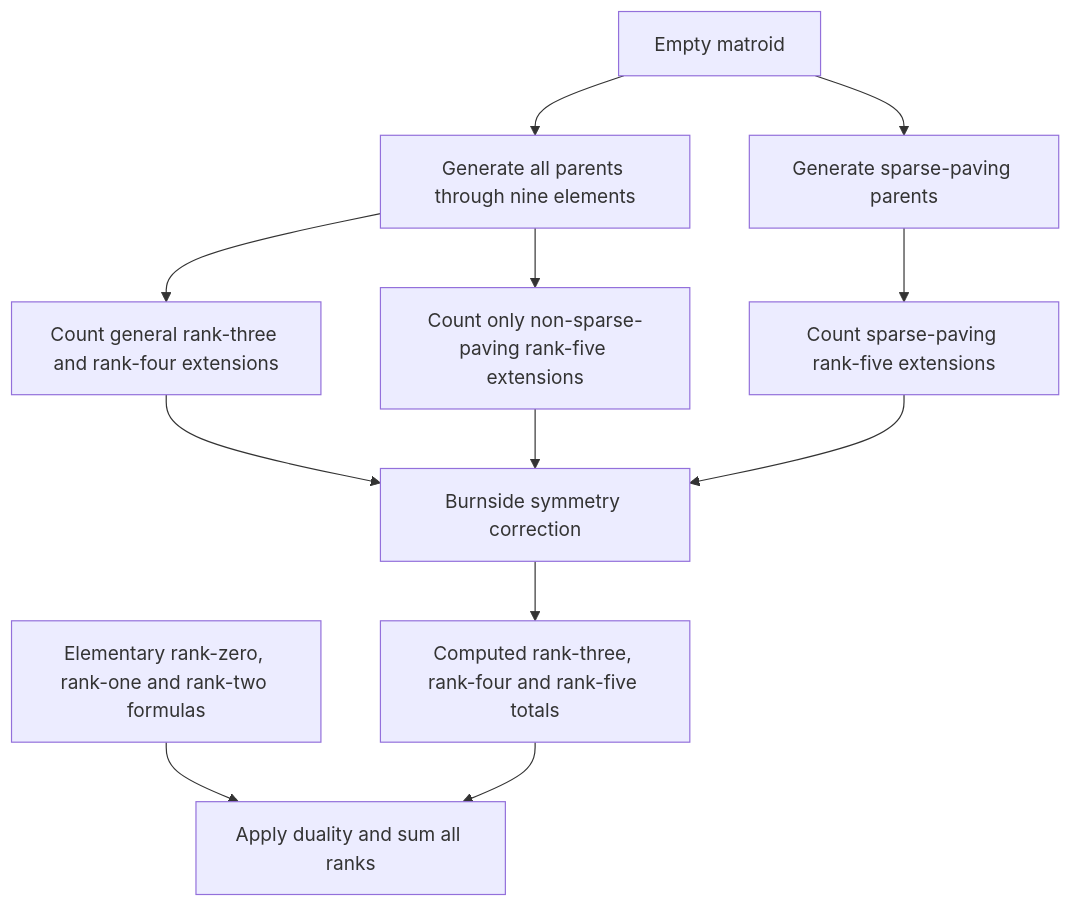
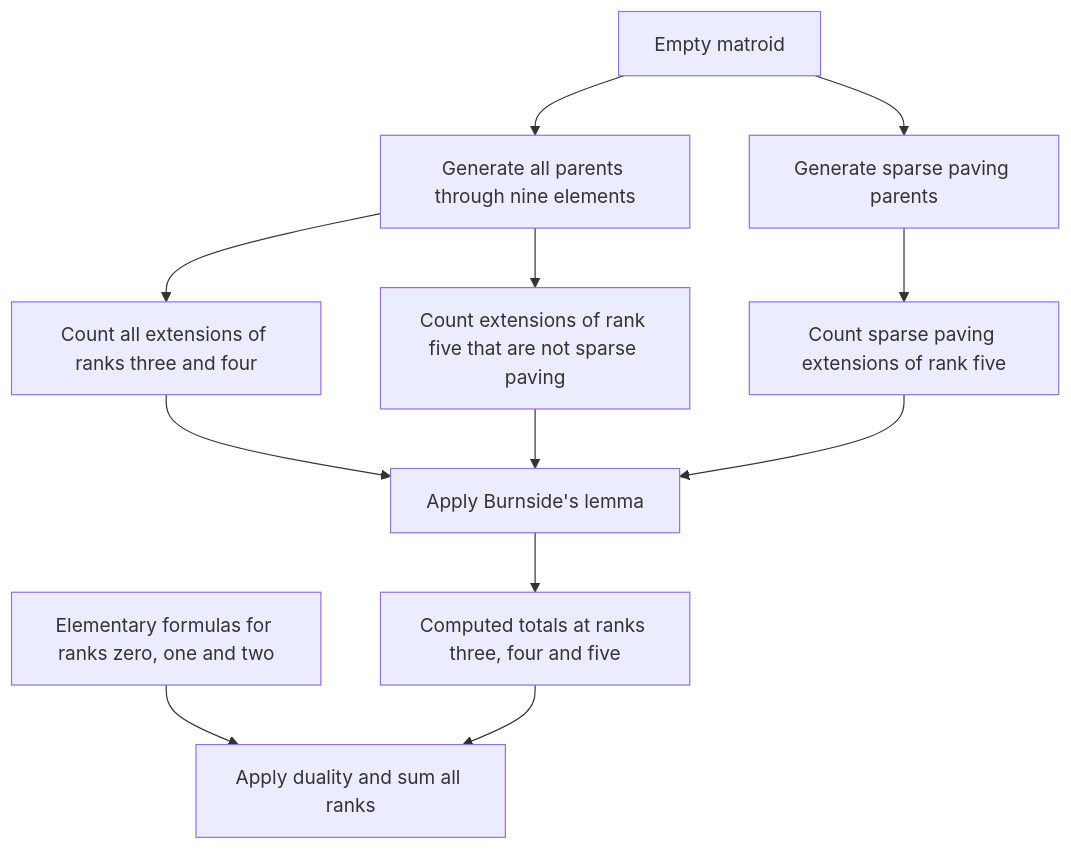
One commit to ainta/matroid-count changed the diagram in docs/approach.md. Above: the diagram before and after it, drawn with Mermaid. The commit also changed other lines of this file and 2 other files, not shown here.

````diff
--- a/docs/approach.md
+++ b/docs/approach.md
@@ -14,14 +13,14 @@
 ```mermaid
 flowchart TD
     A[Empty matroid] --> B[Generate all parents through nine elements]
-    A --> C[Generate sparse-paving parents]
-    C --> D[Count sparse-paving rank-five extensions]
-    B --> E[Count general rank-three and rank-four extensions]
-    B --> F[Count only non-sparse-paving rank-five extensions]
-    E --> G[Burnside symmetry correction]
+    A --> C[Generate sparse paving parents]
+    C --> D[Count sparse paving extensions of rank five]
+    B --> E[Count all extensions of ranks three and four]
+    B --> F[Count extensions of rank five that are not sparse paving]
+    E --> G[Apply Burnside's lemma]
     F --> G
     D --> G
-    G --> H[Computed rank-three, rank-four and rank-five totals]
-    I[Elementary rank-zero, rank-one and rank-two formulas] --> J[Apply duality and sum all ranks]
+    G --> H[Computed totals at ranks three, four and five]
+    I[Elementary formulas for ranks zero, one and two] --> J[Apply duality and sum all ranks]
     H --> J
 ```
````
